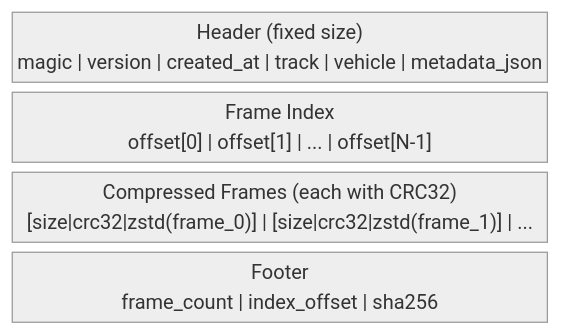
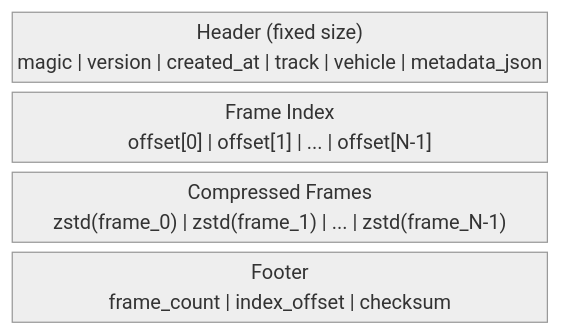
Before and after one commit to SeamusMullan/TeleMU: the second of 3 diagrams in docs/docs/recording/overview.md, drawn with Mermaid (neutral theme). The commit also changed other lines of this file and 19 other files, not shown here.

````diff
--- a/docs/docs/recording/overview.md
+++ b/docs/docs/recording/overview.md
@@ -60,8 +60,8 @@
 ```mermaid
 block-beta
     columns 1
     Header["Header (fixed size)\nmagic | version | created_at | track | vehicle | metadata_json"]
     Index["Frame Index\noffset[0] | offset[1] | ... | offset[N-1]"]
-    Frames["Compressed Frames (each with CRC32)\n[size|crc32|zstd(frame_0)] | [size|crc32|zstd(frame_1)] | ..."]
-    Footer["Footer\nframe_count | index_offset | sha256"]
+    Frames["Compressed Frames\nzstd(frame_0) | zstd(frame_1) | ... | zstd(frame_N-1)"]
+    Footer["Footer\nframe_count | index_offset | checksum"]
 ```
````
